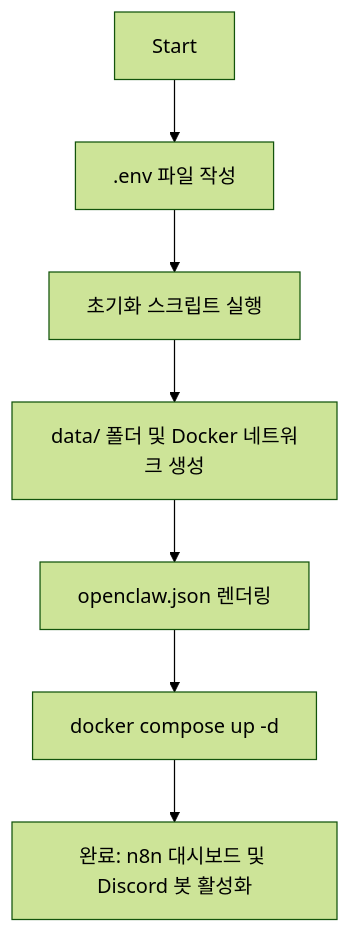
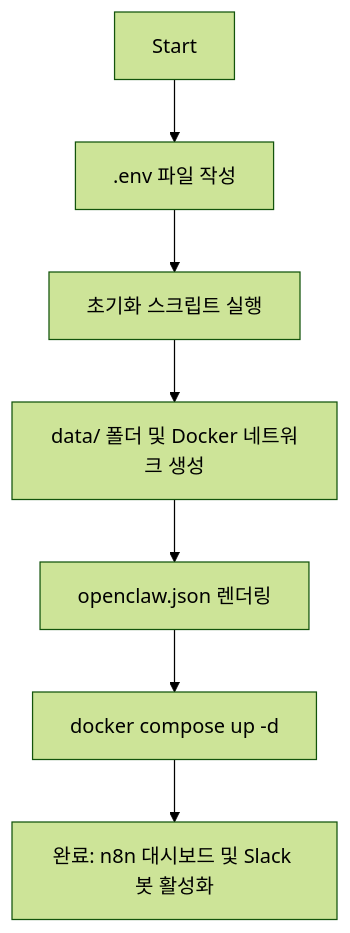
One commit to gloriaJun/my-ai-agent changed the diagram in docs/setup/setup.md. Above: the diagram before and after it, drawn with Mermaid (forest theme). The commit also changed other lines of this file and 12 other files, not shown here.

First line of the commit message:
feat: migrate Discord integration to Slack (HTTP Mode)

````diff
--- a/docs/setup/setup.md
+++ b/docs/setup/setup.md
@@ -79,9 +79,9 @@
 ```mermaid
 graph TD
     A[Start] --> B[.env 파일 작성]
     B --> C[초기화 스크립트 실행]
     C --> D[data/ 폴더 및 Docker 네트워크 생성]
     D --> E[openclaw.json 렌더링]
     E --> F[docker compose up -d]
-    F --> G[완료: n8n 대시보드 및 Discord 봇 활성화]
+    F --> G[완료: n8n 대시보드 및 Slack 봇 활성화]
 ```
````
